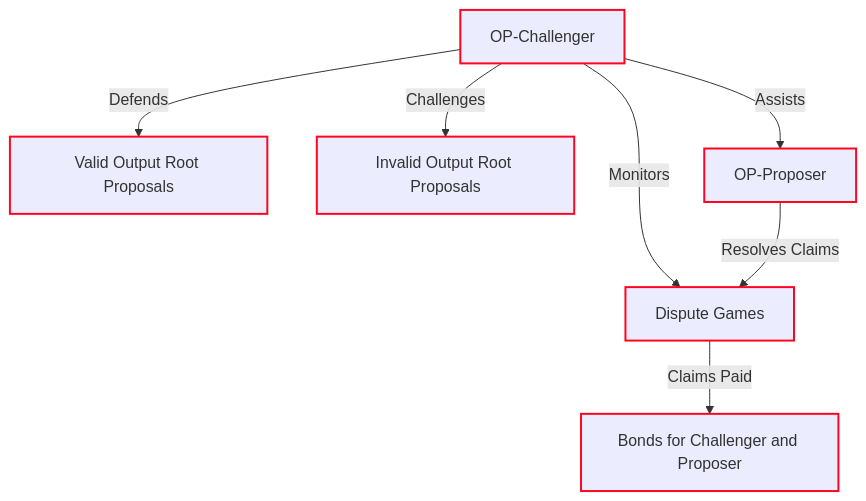
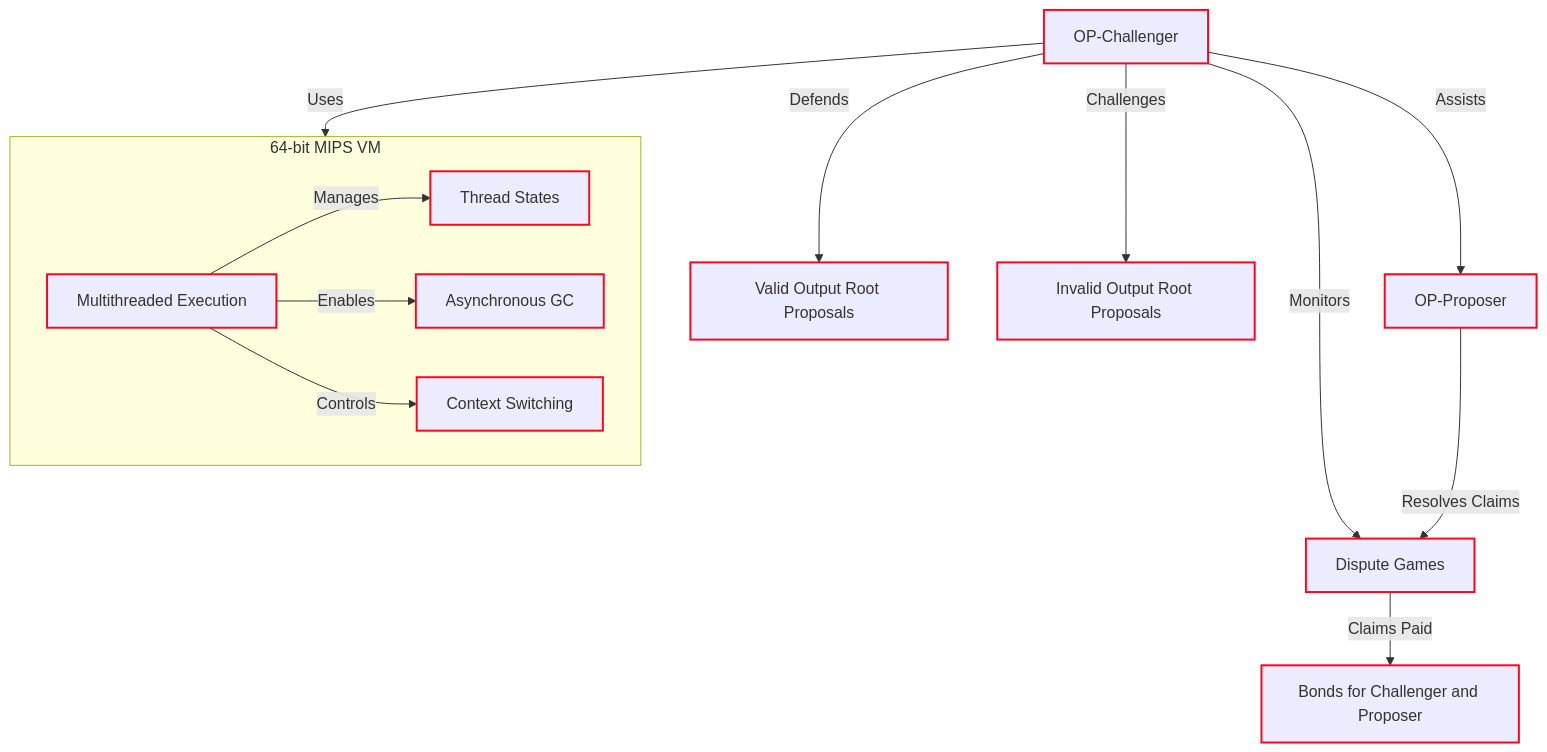
One commit to ethereum-optimism/docs changed the diagram in pages/stack/fault-proofs/challenger.mdx. Above: the diagram before and after it, drawn with Mermaid. The commit also changed other lines of this file and 5 other files, not shown here.

````diff
--- a/pages/stack/fault-proofs/challenger.mdx
+++ b/pages/stack/fault-proofs/challenger.mdx
@@ -25,11 +27,19 @@
 ```mermaid
 graph TD;
     OP[OP-Challenger] -->|Monitors| DG[Dispute Games]
     OP -->|Defends| ORP[Valid Output Root Proposals]
     OP -->|Challenges| IORP[Invalid Output Root Proposals]
     OP -->|Assists| OPP[OP-Proposer]
     OPP -->|Resolves Claims| DG
     DG -->|Claims Paid| Bonds[Bonds for Challenger and Proposer]
+    
+    subgraph VM[64-bit MIPS VM]
+        MT[Multithreaded Execution] -->|Manages| TS[Thread States]
+        MT -->|Enables| GC[Asynchronous GC]
+        MT -->|Controls| CS[Context Switching]
+    end
+
+    OP -->|Uses| VM
 
     classDef default fill:#00,stroke:#FF0420,stroke-width:2px;
 ```
````
